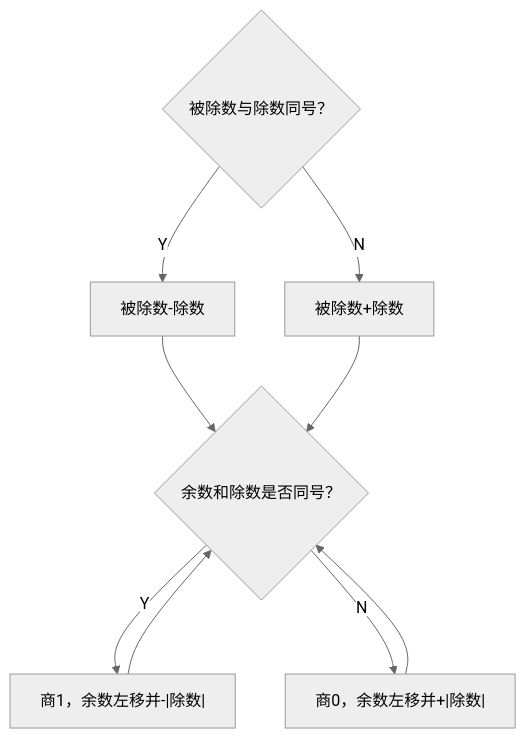
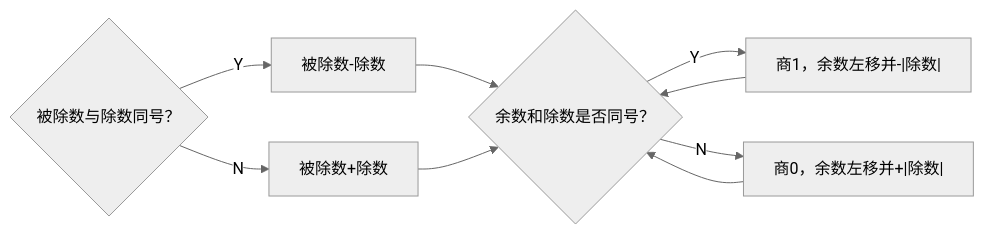
Before and after one commit to GreenHandHand/markdown-note: the third of 3 diagrams in 计算机组成原理/数据的表示和运算.md, drawn with Mermaid (neutral theme). The commit also changed other lines of this file, not shown here.

````diff
--- a/计算机组成原理/数据的表示和运算.md
+++ b/计算机组成原理/数据的表示和运算.md
@@ -629,7 +637,7 @@
 ```mermaid
-graph TD
+graph LR
 B{"余数和除数是否同号？"}-->|Y|C["商1，余数左移并-|除数|"]-->B
 F{"被除数与除数同号？"}-->|Y|G["被除数-除数"]-->B
 B-->|N|D["商0，余数左移并+|除数|"]-->B
 F-->|N|H["被除数+除数"]-->B
 ```
````
